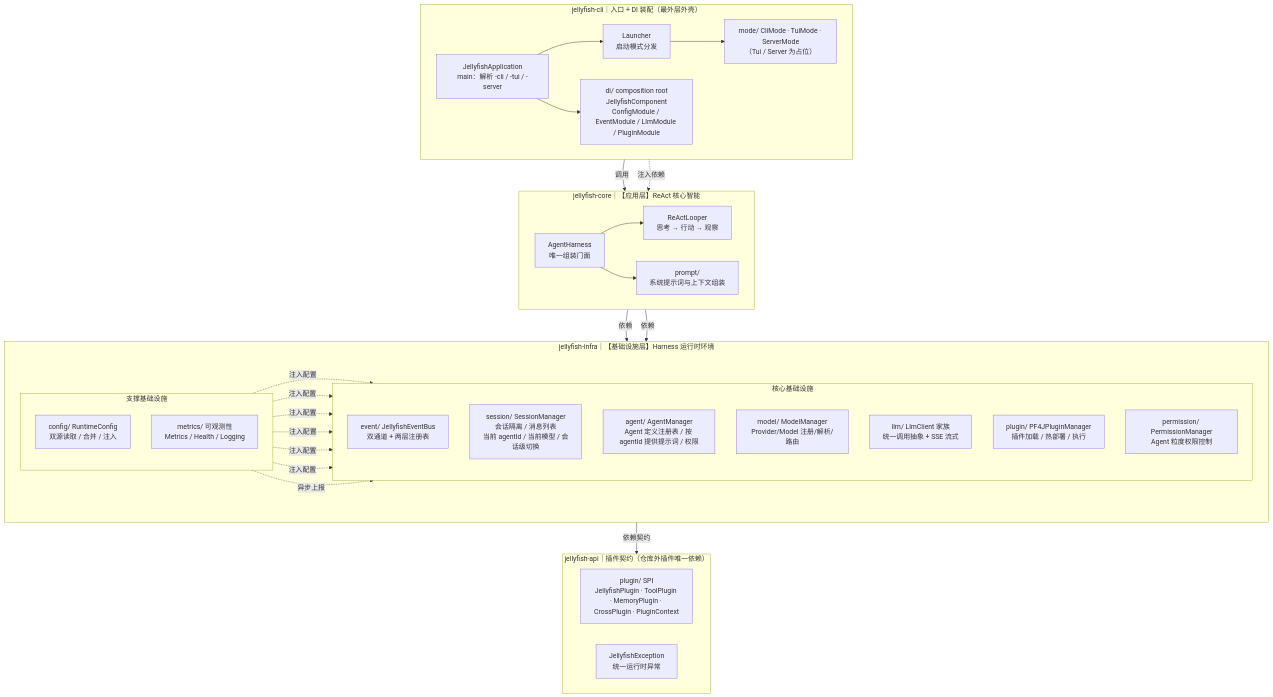
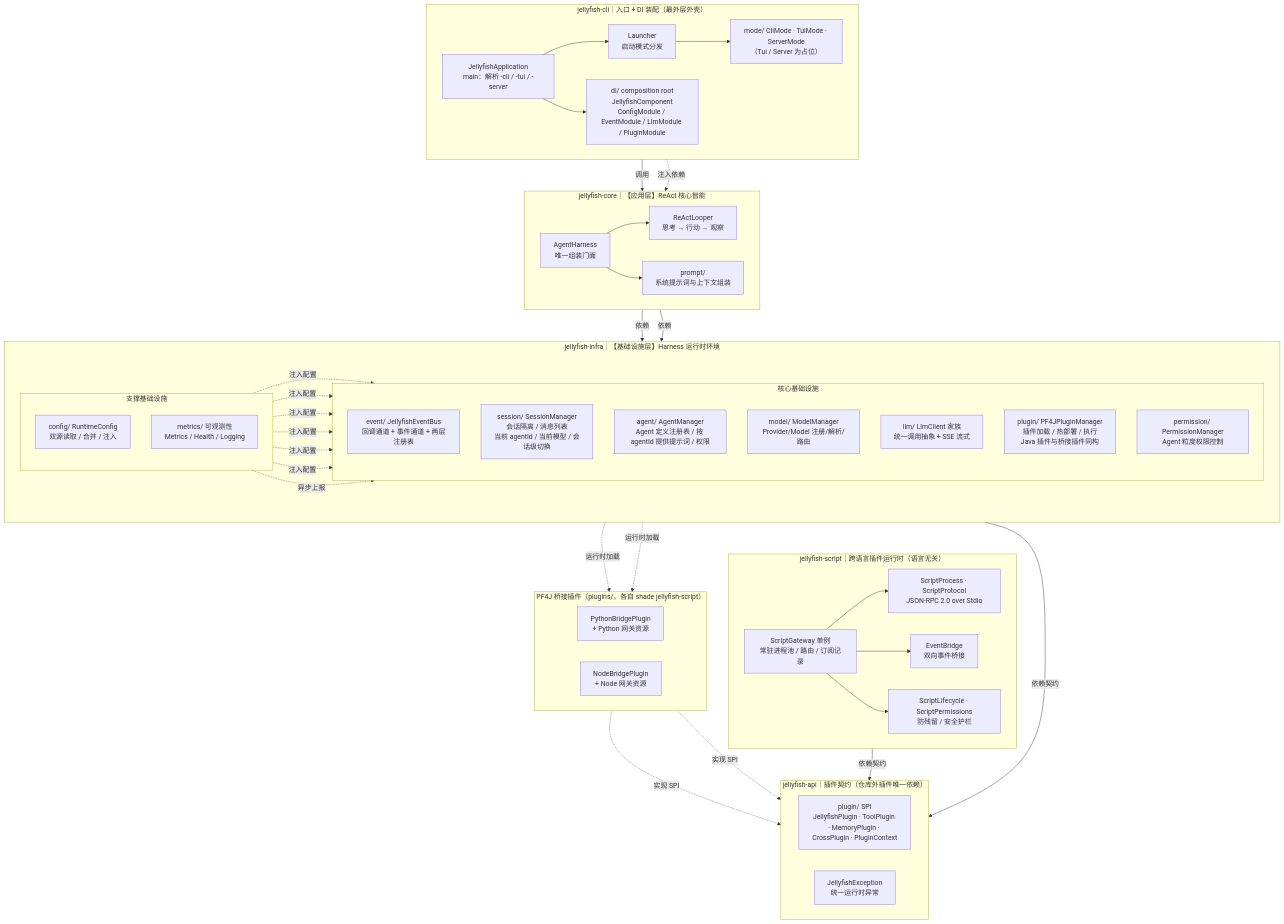
The second of 3 diagrams in Jellyfish技术方案.md (zcd0831/Jellyfish), drawn with Mermaid before and after one commit. The commit also changed other lines of this file and 5 other files, not shown here.

````diff
--- a/Jellyfish技术方案.md
+++ b/Jellyfish技术方案.md
@@ -136,60 +138,82 @@
 ```mermaid
 flowchart TB
     subgraph CLI["jellyfish-cli｜入口 + DI 装配（最外层外壳）"]
         direction LR
         App["JellyfishApplication<br>main：解析 -cli / -tui / -server"]
         Launcher["Launcher<br>启动模式分发"]
         Modes["mode/ CliMode · TuiMode · ServerMode<br>（Tui / Server 为占位）"]
         DI["di/ composition root<br>JellyfishComponent<br>ConfigModule / EventModule / LlmModule / PluginModule"]
     end
 
     subgraph CORE["jellyfish-core｜【应用层】ReAct 核心智能"]
         direction LR
         Harness["AgentHarness<br>唯一组装门面"]
         Loop["ReActLooper<br>思考 → 行动 → 观察"]
         Prompt["prompt/<br>系统提示词与上下文组装"]
     end
 
     subgraph INFRA["jellyfish-infra｜【基础设施层】Harness 运行时环境"]
         direction LR
         subgraph CoreInfra["核心基础设施"]
             direction TB
-            EventBus["event/ JellyfishEventBus<br>双通道 + 两层注册表"]
+            EventBus["event/ JellyfishEventBus<br>回调通道 + 事件通道 + 两层注册表"]
             SessionMgr["session/ SessionManager<br>会话隔离 / 消息列表<br>当前 agentId / 当前模型 / 会话级切换"]
             AgentMgr["agent/ AgentManager<br>Agent 定义注册表 / 按 agentId 提供提示词 / 权限"]
             ModelMgr["model/ ModelManager<br>Provider/Model 注册/解析/路由"]
             Llm["llm/ LlmClient 家族<br>统一调用抽象 + SSE 流式"]
-            PluginMgr["plugin/ PF4JPluginManager<br>插件加载 / 热部署 / 执行"]
+            PluginMgr["plugin/ PF4JPluginManager<br>插件加载 / 热部署 / 执行<br>Java 插件与桥接插件同构"]
             PermMgr["permission/ PermissionManager<br>Agent 粒度权限控制"]
         end
         subgraph SupportInfra["支撑基础设施"]
             direction TB
             Config["config/ RuntimeConfig<br>双源读取 / 合并 / 注入"]
             Metrics["metrics/ 可观测性<br>Metrics / Health / Logging"]
         end
     end
 
     subgraph APIM["jellyfish-api｜插件契约（仓库外插件唯一依赖）"]
         direction LR
         SPI["plugin/ SPI<br>JellyfishPlugin · ToolPlugin · MemoryPlugin · CrossPlugin · PluginContext"]
         Ex["JellyfishException<br>统一运行时异常"]
     end
 
+    subgraph SCRIPTM["jellyfish-script｜跨语言插件运行时（语言无关）"]
+        direction LR
+        Gateway["ScriptGateway 单例<br>常驻进程池 / 路由 / 订阅记录"]
+        Transport["ScriptProcess · ScriptProtocol<br>JSON-RPC 2.0 over Stdio"]
+        EvtBridge["EventBridge<br>双向事件桥接"]
+        Lifecycle["ScriptLifecycle · ScriptPermissions<br>防残留 / 安全护栏"]
+    end
+
+    subgraph BRIDGE["PF4J 桥接插件（plugins/，各自 shade jellyfish-script）"]
+        direction LR
+        PyBridge["PythonBridgePlugin<br>+ Python 网关资源"]
+        NodeBridge["NodeBridgePlugin<br>+ Node 网关资源"]
+    end
+
     App --> Launcher
     App --> DI
     Launcher --> Modes
     Modes -->|调用| Harness
     DI -.->|注入依赖| Harness
     Harness --> Loop
     Harness --> Prompt
     Harness -->|依赖| CoreInfra
     Harness -->|依赖| SupportInfra
     CoreInfra -->|依赖契约| SPI
+    PyBridge -.->|实现 SPI| SPI
+    NodeBridge -.->|实现 SPI| SPI
+    PluginMgr -.->|运行时加载| PyBridge
+    PluginMgr -.->|运行时加载| NodeBridge
+    Gateway -->|依赖契约| SPI
+    Gateway --> Transport
+    Gateway --> EvtBridge
+    Gateway --> Lifecycle
     Config -.->|注入配置| EventBus
     Config -.->|注入配置| SessionMgr
     Config -.->|注入配置| ModelMgr
     Config -.->|注入配置| AgentMgr
     Config -.->|注入配置| PluginMgr
     Config -.->|注入配置| PermMgr
     Metrics -.->|异步上报| EventBus
 ```
````
